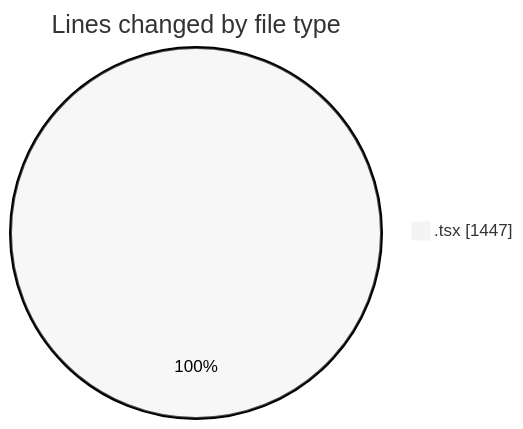
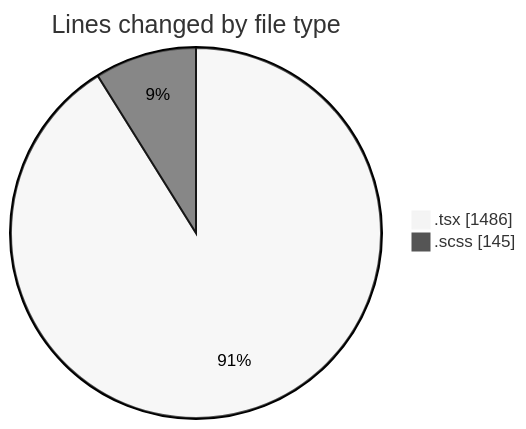
Before and after one commit to momahboobian/code-tracking: the first of 2 diagrams in 2025-03-20/cda/README.md, drawn with Mermaid (neutral theme). The commit also changed other lines of this file and 1 other file, not shown here.

````diff
--- a/2025-03-20/cda/README.md
+++ b/2025-03-20/cda/README.md
@@ -22,5 +23,6 @@
 ```mermaid
 pie showData
 title Lines changed by file type
-".tsx" : 1447
+".tsx" : 1486
+".scss" : 145
 ```
````
